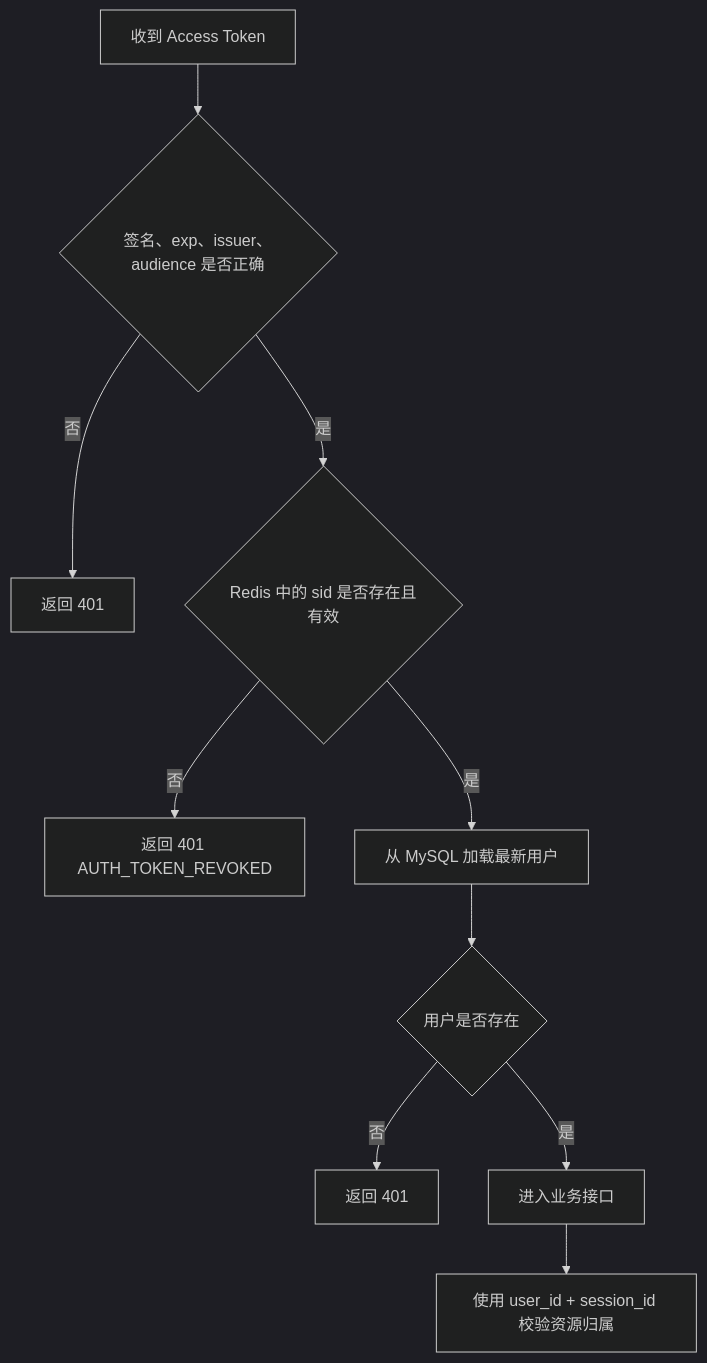
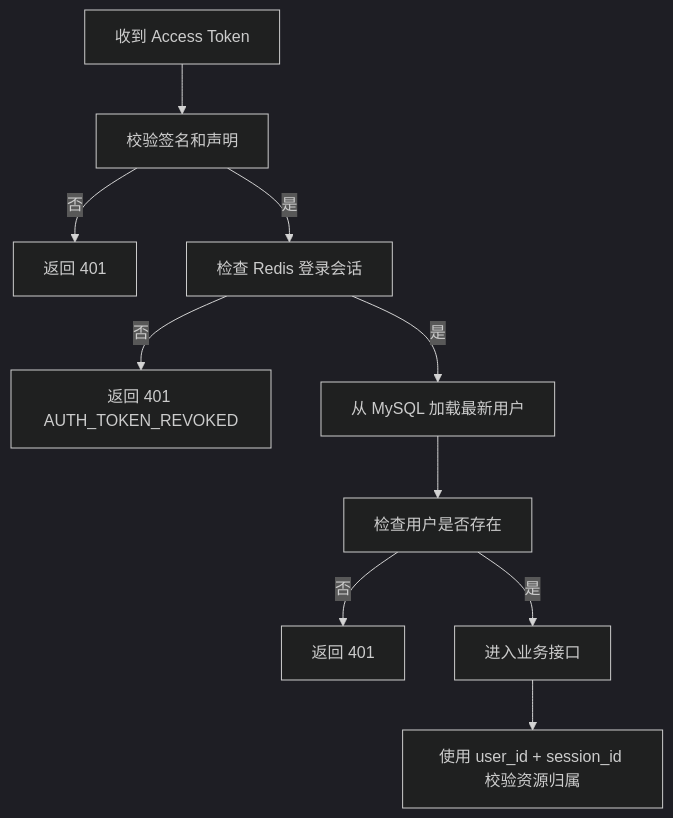
The third of 9 diagrams in docs/blogs/阶段0.2-JWT与Redis认证体系.md (myth8/zzx-ai-agent), drawn with Mermaid (dark theme) before and after one commit. The commit also changed other lines of this file and 27 other files, not shown here.

````diff
--- a/docs/blogs/阶段0.2-JWT与Redis认证体系.md
+++ b/docs/blogs/阶段0.2-JWT与Redis认证体系.md
@@ -176,12 +151,12 @@
 ```mermaid
 flowchart TD
-    A[收到 Access Token] --> B{签名、exp、issuer、audience 是否正确}
-    B -->|否| C[返回 401]
-    B -->|是| D{Redis 中的 sid 是否存在且有效}
-    D -->|否| E[返回 401 AUTH_TOKEN_REVOKED]
-    D -->|是| F[从 MySQL 加载最新用户]
-    F --> G{用户是否存在}
-    G -->|否| H[返回 401]
-    G -->|是| I[进入业务接口]
-    I --> J[使用 user_id + session_id 校验资源归属]
+    A["收到 Access Token"] --> B["校验签名和声明"]
+    B -->|否| C["返回 401"]
+    B -->|是| D["检查 Redis 登录会话"]
+    D -->|否| E["返回 401 AUTH_TOKEN_REVOKED"]
+    D -->|是| F["从 MySQL 加载最新用户"]
+    F --> G["检查用户是否存在"]
+    G -->|否| H["返回 401"]
+    G -->|是| I["进入业务接口"]
+    I --> J["使用 user_id + session_id 校验资源归属"]
 ```
````
